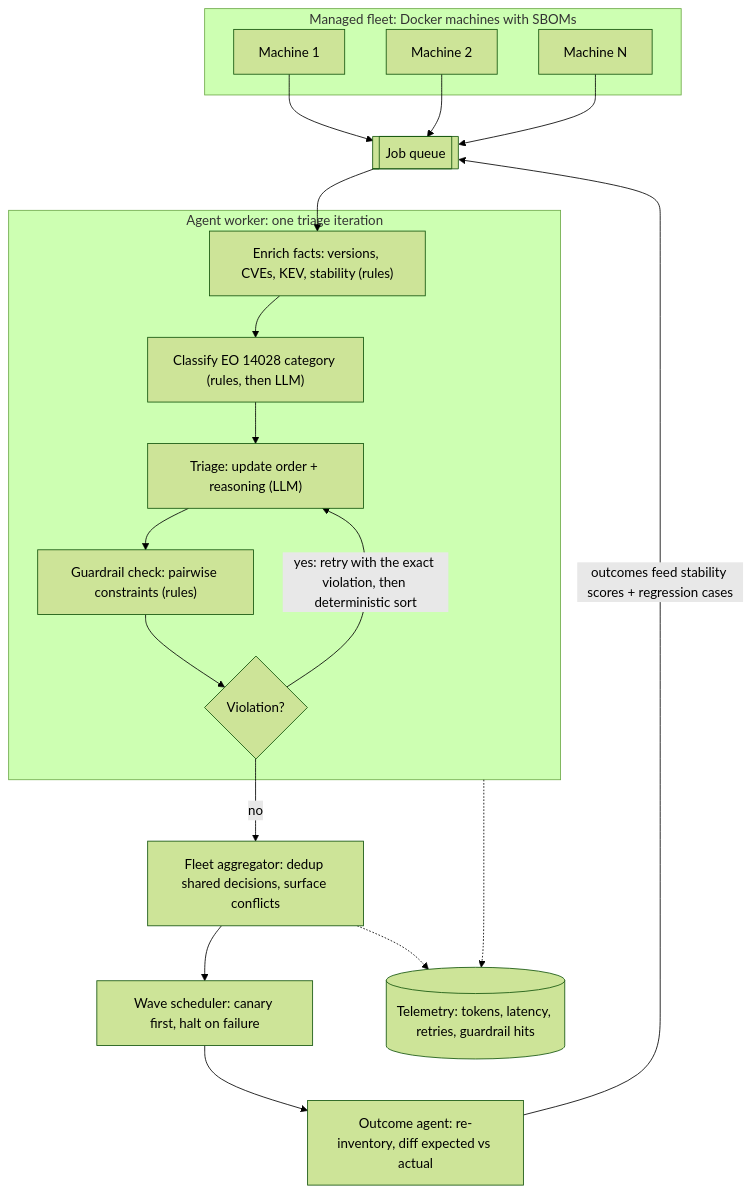
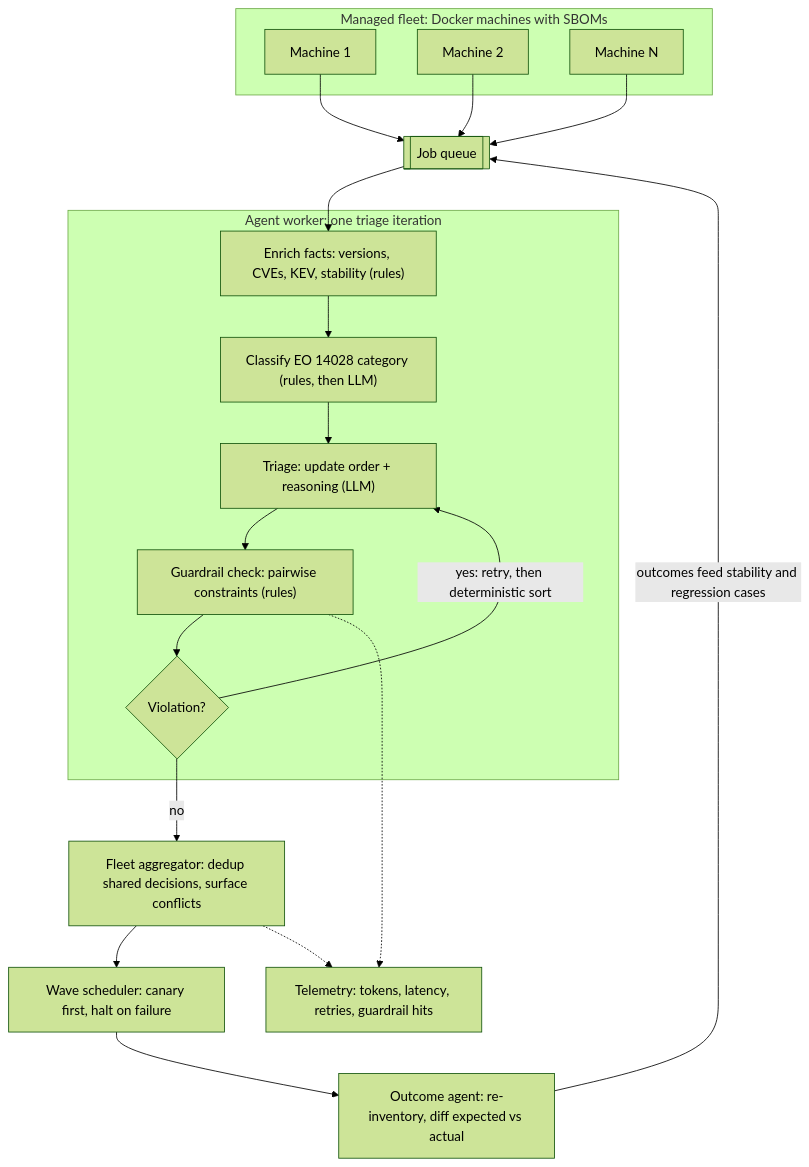
The diagram in scaled-agents-infrastructure/readme.md (SE4CPS/Research-on-Software-Updates), drawn with Mermaid (forest theme) before and after one commit.

Commit message:
Make the architecture diagram GitHub-renderable
GitHub's mermaid refused the first version; the edge drawn from the
subgraph id and the cylinder shape are replaced with plain node edges
and a plain rect, and the long edge labels are shortened.

````diff
--- a/scaled-agents-infrastructure/readme.md
+++ b/scaled-agents-infrastructure/readme.md
@@ -11,36 +11,36 @@
 ```mermaid
 flowchart TD
   subgraph FLEET["Managed fleet: Docker machines with SBOMs"]
     M1[Machine 1]
     M2[Machine 2]
     MN[Machine N]
   end
   Q[[Job queue]]
   subgraph LOOP["Agent worker: one triage iteration"]
     E["Enrich facts: versions, CVEs, KEV, stability (rules)"]
     C["Classify EO 14028 category (rules, then LLM)"]
     T["Triage: update order + reasoning (LLM)"]
     G["Guardrail check: pairwise constraints (rules)"]
     V{Violation?}
   end
   AG["Fleet aggregator: dedup shared decisions, surface conflicts"]
   W["Wave scheduler: canary first, halt on failure"]
   O["Outcome agent: re-inventory, diff expected vs actual"]
-  TEL[("Telemetry: tokens, latency, retries, guardrail hits")]
+  TEL["Telemetry: tokens, latency, retries, guardrail hits"]
 
   M1 --> Q
   M2 --> Q
   MN --> Q
   Q --> E
   E --> C
   C --> T
   T --> G
   G --> V
-  V -- "yes: retry with the exact violation, then deterministic sort" --> T
+  V -- "yes: retry, then deterministic sort" --> T
   V -- no --> AG
   AG --> W
   W --> O
-  O -- "outcomes feed stability scores + regression cases" --> Q
-  LOOP -.-> TEL
+  O -- "outcomes feed stability and regression cases" --> Q
+  G -.-> TEL
   AG -.-> TEL
 ```
````
